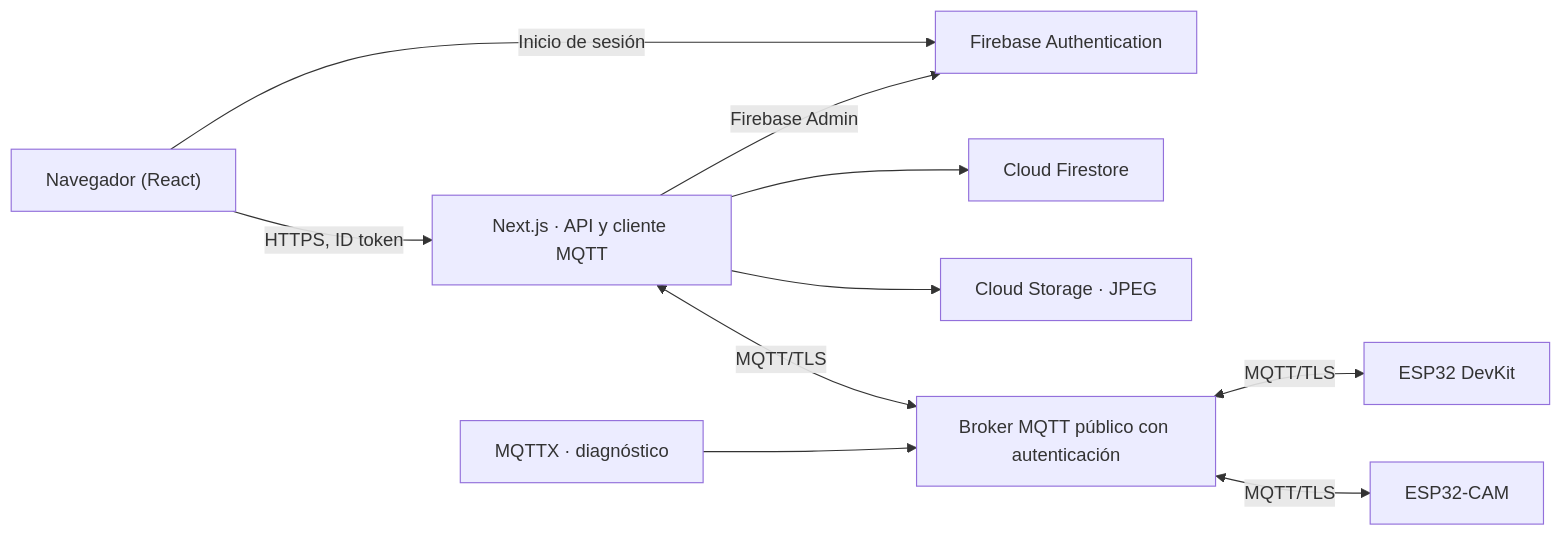
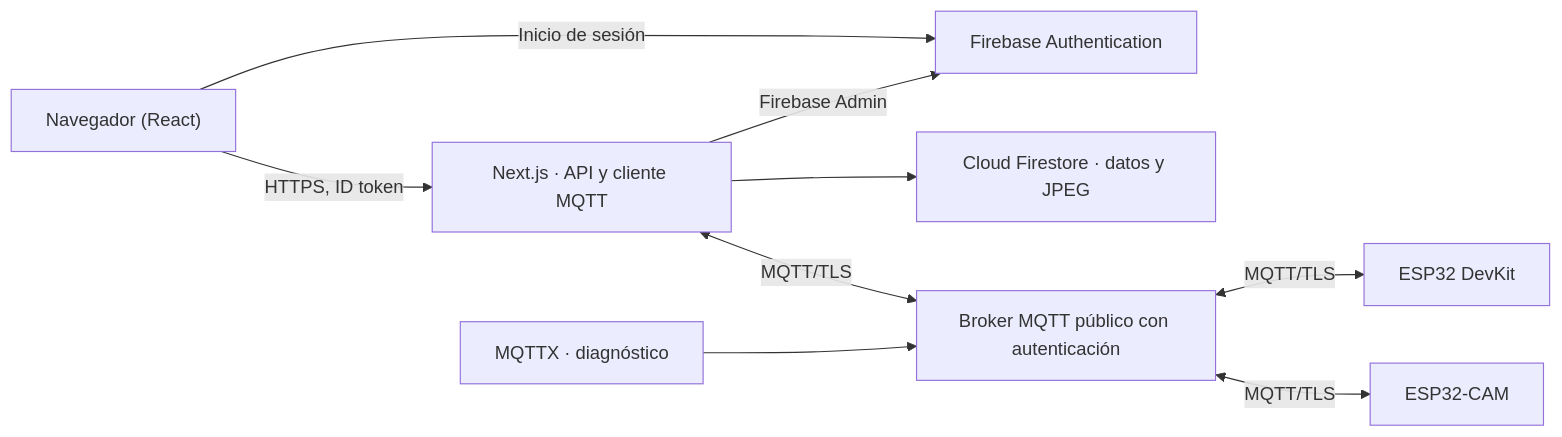
The diagram in docs/arquitectura_local.md (bryanramosing-ux/Dispensador-Codex-IOT), drawn with Mermaid before and after one commit. The commit also changed other lines of this file and 34 other files, not shown here.

```diff
--- a/docs/arquitectura_local.md
+++ b/docs/arquitectura_local.md
@@ -3,12 +3,11 @@
 ~~~mermaid
 flowchart LR
     P["Navegador (React)"] -->|"HTTPS, ID token"| N["Next.js · API y cliente MQTT"]
     P -->|"Inicio de sesión"| A["Firebase Authentication"]
     N -->|"Firebase Admin"| A
-    N --> F["Cloud Firestore"]
-    N --> S["Cloud Storage · JPEG"]
+    N --> F["Cloud Firestore · datos y JPEG"]
     N <-->|"MQTT/TLS"| M["Broker MQTT público con autenticación"]
     M <-->|"MQTT/TLS"| E["ESP32 DevKit"]
     M <-->|"MQTT/TLS"| C["ESP32-CAM"]
     X["MQTTX · diagnóstico"] --> M
 ~~~
```
